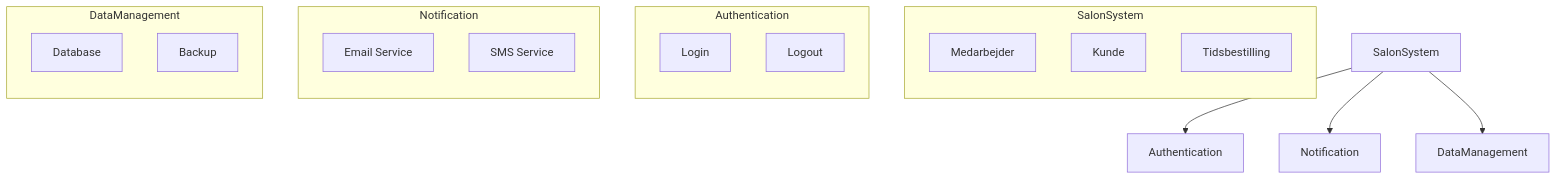
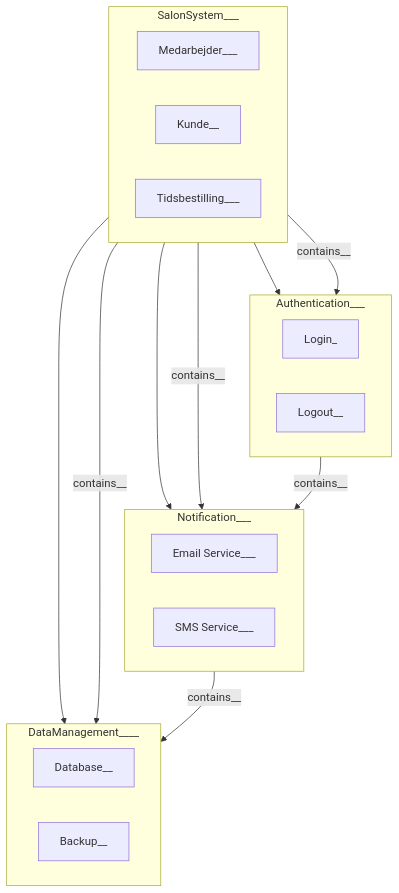
The diagram in Diagram/Overall/Package.md (ZnowBaka/Haarmoni-ka), drawn with Mermaid before and after one commit. The commit also changed 2 other files, not shown here.

Commit message:
Diagrams
Diagrams cleaned up and package diagram now stacks

````diff
--- a/Diagram/Overall/Package.md
+++ b/Diagram/Overall/Package.md
@@ -2,31 +2,34 @@
 ```mermaid
 graph TD
     A[SalonSystem] --> B[Authentication]
     A --> C[Notification]
     A --> D[DataManagement]
 
-    subgraph SalonSystem
-        direction TB
-        Medarbejder[Medarbejder]
-        Kunde[Kunde]
-        Tidsbestilling[Tidsbestilling]
+    subgraph A[SalonSystem___]
+        Medarbejder[Medarbejder___]
+        Kunde[Kunde__]
+        Tidsbestilling[Tidsbestilling___]
     end
 
-    subgraph Authentication
-        direction TB
-        Login[Login]
-        Logout[Logout]
+    subgraph B[Authentication___]
+        Login[Login_]
+        Logout[Logout__]
     end
 
-    subgraph Notification
-        direction TB
-        EmailService[Email Service]
-        SMSService[SMS Service]
+    subgraph C[Notification___]
+        EmailService[Email Service___]
+        SMSService[SMS Service___]
     end
 
-    subgraph DataManagement
-        direction TB
-        Database[Database]
-        Backup[Backup]
+    subgraph D[DataManagement____]
+        Database[Database__]
+        Backup[Backup__]
     end
+
+%% Define relationships between the main system and subgraphs
+    A -->|contains__| B
+    A -->|contains__| C
+    A -->|contains__| D
+    B -->|contains__| C
+    C -->|contains__| D
 ```
````
